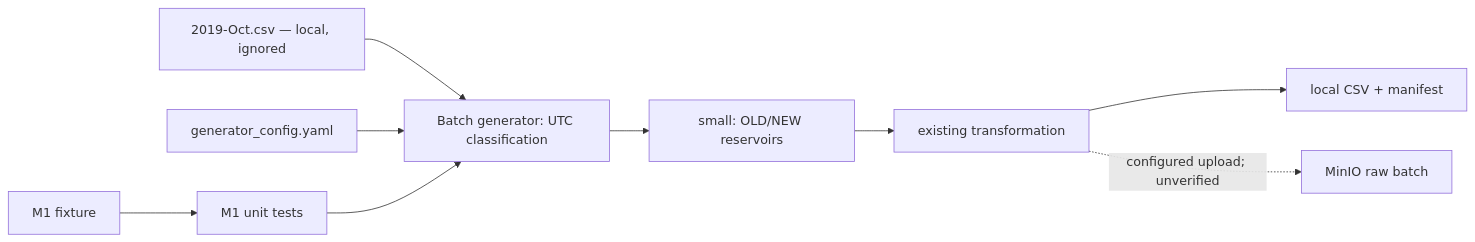
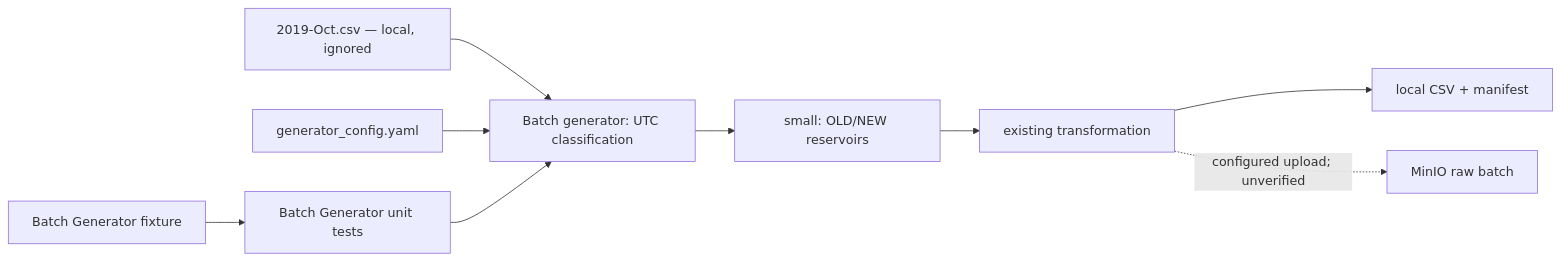
Before and after one commit to nhannhan2201/ecom_ML_system-: the diagram in CURRENT_IMPLEMENTATION.md, drawn with Mermaid. The commit also changed other lines of this file and 10 other files, not shown here.

````diff
--- a/CURRENT_IMPLEMENTATION.md
+++ b/CURRENT_IMPLEMENTATION.md
@@ -20,9 +20,9 @@
 ```mermaid
 flowchart LR
   CSV["2019-Oct.csv — local, ignored"] --> CLASS["Batch generator: UTC classification"]
   CFG["generator_config.yaml"] --> CLASS
   CLASS --> SAMPLE["small: OLD/NEW reservoirs"] --> TRANS["existing transformation"]
   TRANS --> LOCAL["local CSV + manifest"]
   TRANS -. "configured upload; unverified" .-> RAW["MinIO raw batch"]
-  FIX["M1 fixture"] --> TEST["M1 unit tests"] --> CLASS
+  FIX["Batch Generator fixture"] --> TEST["Batch Generator unit tests"] --> CLASS
 ```
````
